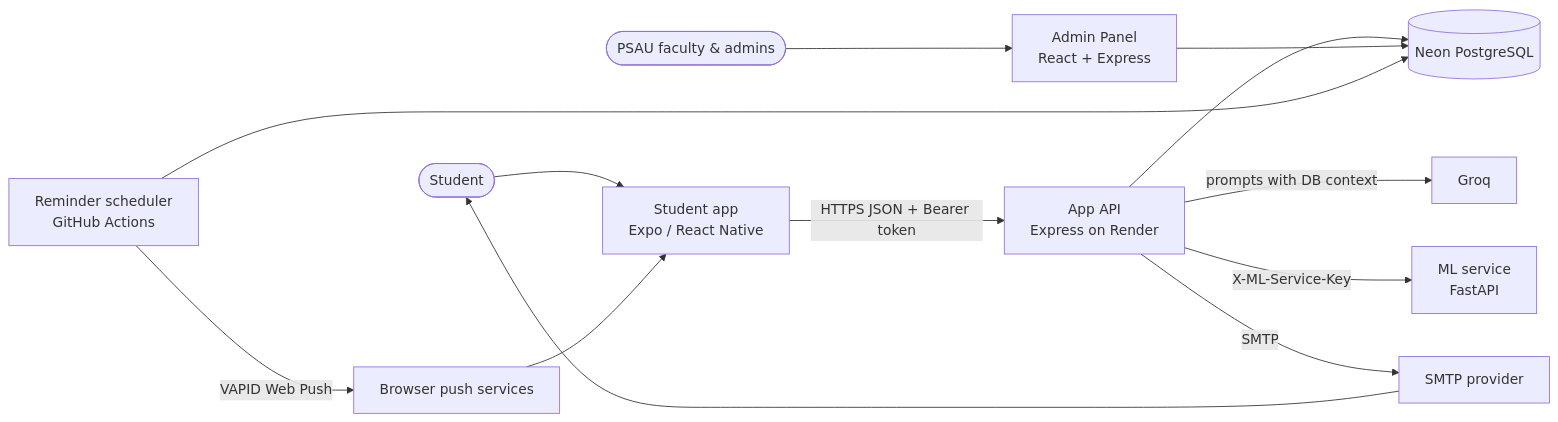
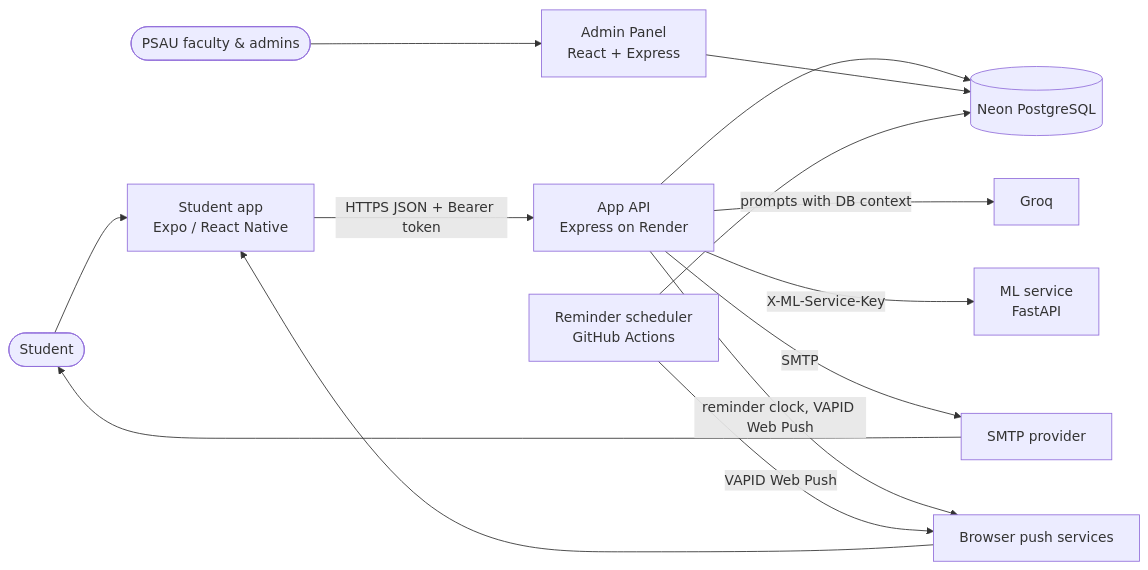
One commit to nathecruz/Capstone-Project changed the first of 9 diagrams in ARCHITECTURE.md. Above: the diagram before and after it, drawn with Mermaid. The commit also changed other lines of this file and 15 other files, not shown here.

````diff
--- a/ARCHITECTURE.md
+++ b/ARCHITECTURE.md
@@ -19,16 +20,17 @@
 ```mermaid
 flowchart LR
   student([Student]) --> app[Student app<br/>Expo / React Native]
   staff([PSAU faculty & admins]) --> admin[Admin Panel<br/>React + Express]
 
   app -- HTTPS JSON + Bearer token --> api[App API<br/>Express on Render]
   api --> db[(Neon PostgreSQL)]
   admin --> db
   api -- prompts with DB context --> groq[Groq]
   api -- X-ML-Service-Key --> ml[ML service<br/>FastAPI]
   api -- SMTP --> mail[SMTP provider]
+  api -- reminder clock, VAPID Web Push --> push[Browser push services]
   cron[Reminder scheduler<br/>GitHub Actions] --> db
-  cron -- VAPID Web Push --> push[Browser push services]
+  cron -- VAPID Web Push --> push
   push --> app
   mail --> student
 ```
````
